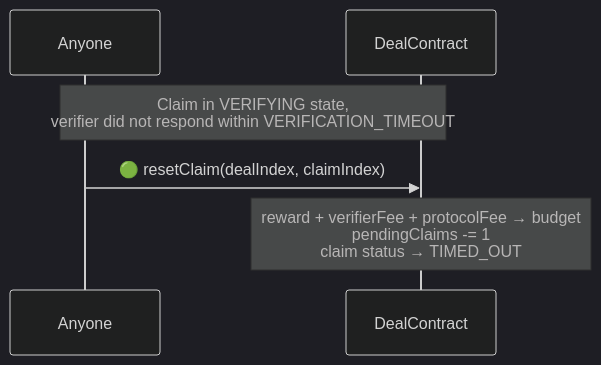
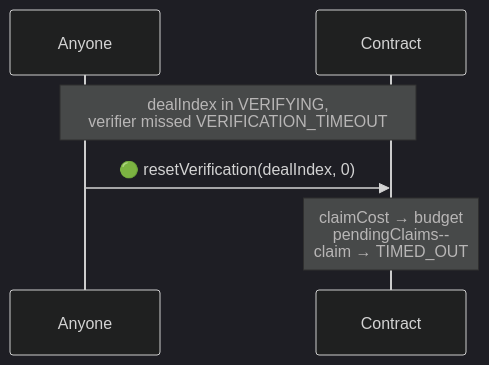
One commit to synctxai/synctx changed the third of 5 diagrams in examples/x-follow/x-follow-design.md. Above: the diagram before and after it, drawn with Mermaid (dark theme). The commit also changed other lines of this file and 1 other file, not shown here.

First line of the commit message:
docs(x-follow): contract IS the campaign, each claim IS a dealIndex

````diff
--- a/examples/x-follow/x-follow-design.md
+++ b/examples/x-follow/x-follow-design.md
@@ -285,9 +303,9 @@
 ```mermaid
 sequenceDiagram
     participant X as Anyone
-    participant D as DealContract
+    participant C as Contract
 
-    Note over X,D: Claim in VERIFYING state,<br/>verifier did not respond within VERIFICATION_TIMEOUT
-    X->>D: 🟢 resetClaim(dealIndex, claimIndex)
-    Note over D: reward + verifierFee + protocolFee → budget<br/>pendingClaims -= 1<br/>claim status → TIMED_OUT
+    Note over X,C: dealIndex in VERIFYING,<br/>verifier missed VERIFICATION_TIMEOUT
+    X->>C: 🟢 resetVerification(dealIndex, 0)
+    Note over C: claimCost → budget<br/>pendingClaims--<br/>claim → TIMED_OUT
 ```
````
